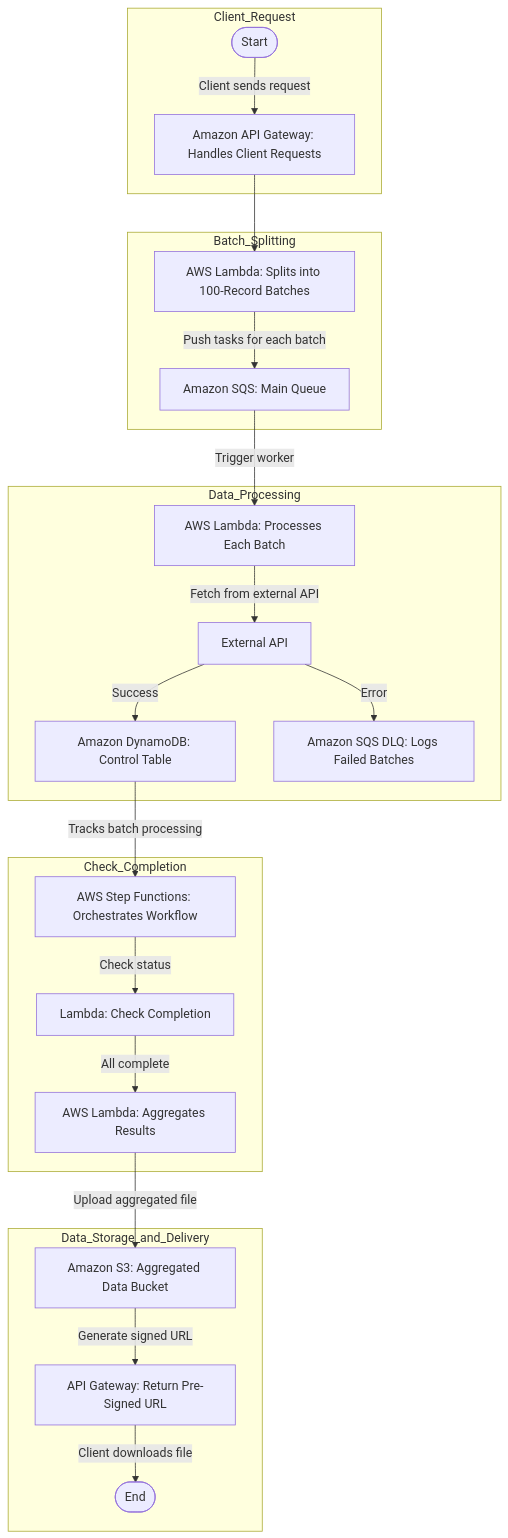
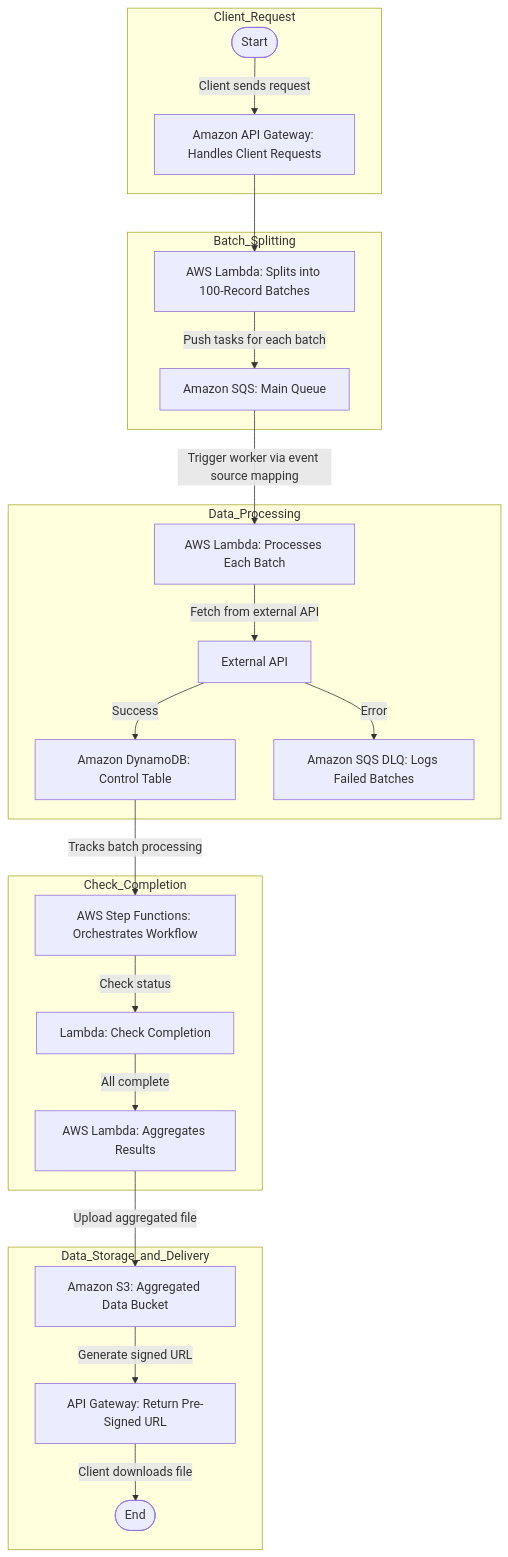
The diagram in README.md (fredbrowne/integraton_pipeline), drawn with Mermaid before and after one commit. The commit also changed other lines of this file, not shown here.

Commit message:
Adjusted README diagram and typo

````diff
--- a/README.md
+++ b/README.md
@@ -27,30 +27,30 @@
 ```mermaid
 flowchart TD
     subgraph Client_Request
         Start([Start]) -->|Client sends request| API_Gateway[Amazon API Gateway: Handles Client Requests]
     end
 
     subgraph Batch_Splitting
         API_Gateway --> Lambda_Split[AWS Lambda: Splits into 100-Record Batches]
         Lambda_Split -->|Push tasks for each batch| SQS_Main[Amazon SQS: Main Queue]
     end
 
     subgraph Data_Processing
-        SQS_Main -->|Trigger worker| Lambda_Worker[AWS Lambda: Processes Each Batch]
+        SQS_Main -->|Trigger worker via event source mapping| Lambda_Worker[AWS Lambda: Processes Each Batch]
         Lambda_Worker -->|Fetch from external API| Data_Provider_API[External API]
         Data_Provider_API -->|Success| DynamoDB_Control[Amazon DynamoDB: Stores Enriched Data]
         Data_Provider_API -->|Error| SQS_DLQ[Amazon SQS DLQ: Logs Failed Batches]
     end
 
     subgraph Check_Completion
         DynamoDB_Control[Amazon DynamoDB: Control Table] -->|Tracks batch processing| Step_Functions[AWS Step Functions: Orchestrates Workflow]
         Step_Functions -->|Check status| Lambda_Check[Lambda: Check Completion]
         Lambda_Check -->|All complete| Lambda_Aggregation[AWS Lambda: Aggregates Results]
     end
 
     subgraph Data_Storage_and_Delivery
         Lambda_Aggregation -->|Upload aggregated file| S3[Amazon S3: Aggregated Data Bucket]
         S3 -->|Generate signed URL| API_Gateway_Response[API Gateway: Return Pre-Signed URL]
         API_Gateway_Response -->|Client downloads file| End([End])
     end
 ```
````
